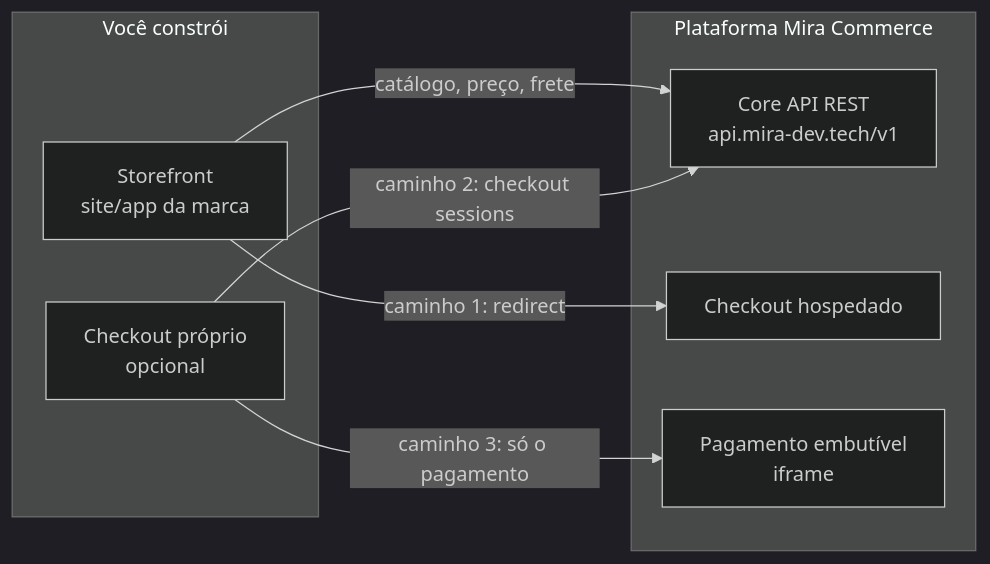
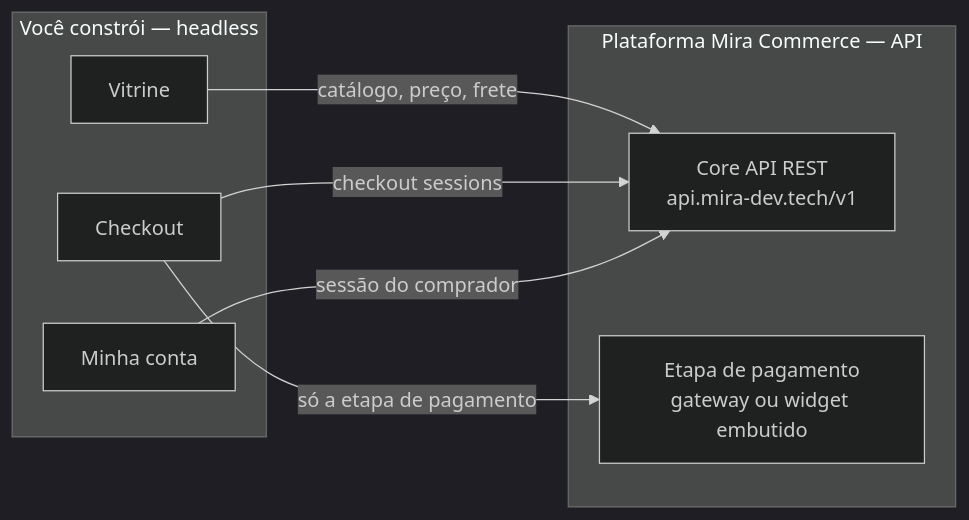
The diagram in README.md (mira-dev-tech/mira-commerce-storefront-guide), drawn with Mermaid (dark theme) before and after one commit. The commit also changed other lines of this file and 3 other files, not shown here.

First line of the commit message:
Modelo headless total: cliente constrói vitrine, checkout e minha conta

````diff
--- a/README.md
+++ b/README.md
@@ -9,16 +12,16 @@
 ```mermaid
 flowchart LR
-  subgraph voce [Você constrói]
-    SF[Storefront<br/>site/app da marca]
-    CK[Checkout próprio<br/>opcional]
+  subgraph voce [Você constrói — headless]
+    SF[Vitrine]
+    CK[Checkout]
+    MC[Minha conta]
   end
-  subgraph mira [Plataforma Mira Commerce]
+  subgraph mira [Plataforma Mira Commerce — API]
     API[Core API REST<br/>api.mira-dev.tech/v1]
-    HC[Checkout hospedado]
-    PAY[Pagamento embutível<br/>iframe]
+    PAY[Etapa de pagamento<br/>gateway ou widget embutido]
   end
   SF -- catálogo, preço, frete --> API
-  SF -- caminho 1: redirect --> HC
-  CK -- caminho 2: checkout sessions --> API
-  CK -- caminho 3: só o pagamento --> PAY
+  CK -- checkout sessions --> API
+  CK -- só a etapa de pagamento --> PAY
+  MC -- sessão do comprador --> API
 ```
````
